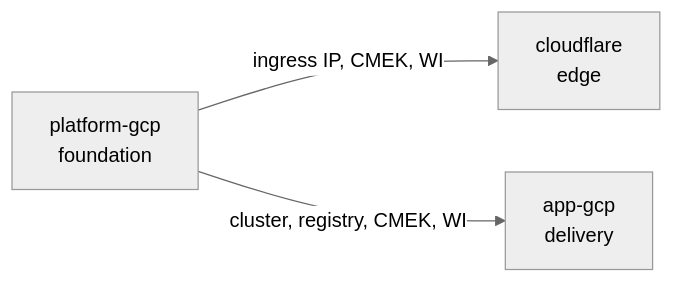
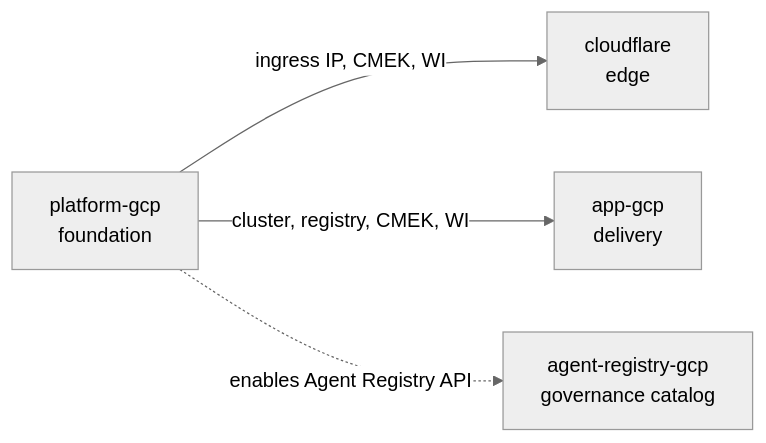
Before and after one commit to pilprod/yourown-chat: the first of 2 diagrams in README.md, drawn with Mermaid (neutral theme). The commit also changed other lines of this file and 36 other files, not shown here.

First line of the commit message:
Refactor Mattermost Helm charts and Terraform configurations to remove Google Workspace integration

````diff
--- a/README.md
+++ b/README.md
@@ -28,5 +30,6 @@
 ```mermaid
 graph LR
   P[platform-gcp<br/>foundation] -->|ingress IP, CMEK, WI| CF[cloudflare<br/>edge]
   P -->|cluster, registry, CMEK, WI| A[app-gcp<br/>delivery]
+  P -.->|enables Agent Registry API| R[agent-registry-gcp<br/>governance catalog]
 ```
````
